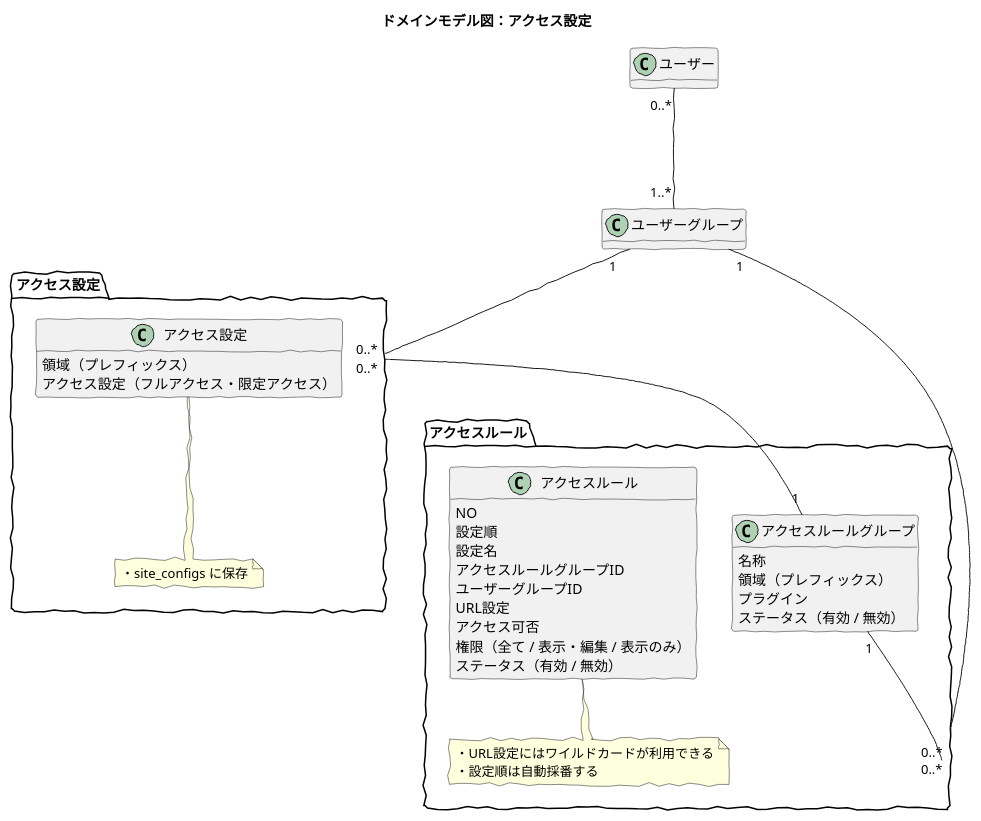
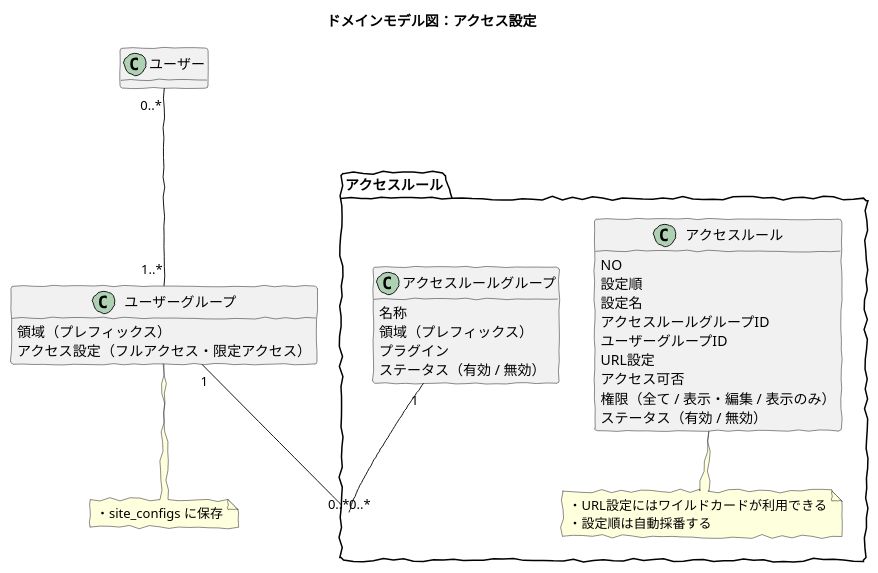
The diagram in src/puml/5/ucmitz/svg/domain_model/baser-core/permissions.puml (baserproject/baserproject.github.io), drawn with PlantUML before and after one commit. The commit also changed 5 other files, not shown here.

```diff
--- a/src/puml/5/ucmitz/svg/domain_model/baser-core/permissions.puml
+++ b/src/puml/5/ucmitz/svg/domain_model/baser-core/permissions.puml
@@ -1,52 +1,47 @@
 @startuml
 skinparam handwritten true
 skinparam backgroundColor white
 hide method
 
 title ドメインモデル図：アクセス設定
-
-package アクセス設定 {
-	class アクセス設定 {
-		領域（プレフィックス）
-		アクセス設定（フルアクセス・限定アクセス）	
-	}
-	note bottom
-	・site_configs に保存
-	endnote
-}
 
 package アクセスルール {
 	class アクセスルールグループ {
 		名称
 		領域（プレフィックス）
 		プラグイン
 		ステータス（有効 / 無効）
 	}
 	class アクセスルール {
 		NO
 		設定順
 		設定名
 		アクセスルールグループID
 		ユーザーグループID
 		URL設定
 		アクセス可否
 		権限（全て / 表示・編集 / 表示のみ）
 		ステータス（有効 / 無効）
 	}
 	note bottom
 	・URL設定にはワイルドカードが利用できる
 	・設定順は自動採番する
 	endnote
 }
 
 class ユーザー
 
-class ユーザーグループ
+class ユーザーグループ {
+	領域（プレフィックス）
+	アクセス設定（フルアクセス・限定アクセス）	
 
+}
+note bottom
+・site_configs に保存
+endnote
+	
 ユーザー "0..*" --- "1..*" ユーザーグループ 
-ユーザーグループ "1" -- "0..*" アクセス設定 
 ユーザーグループ "1" -- "0..*" アクセスルール
-アクセス設定 "0..*" -- "1" アクセスルールグループ
 アクセスルールグループ "1" -- "0..*" アクセスルール
 
 @enduml
```
